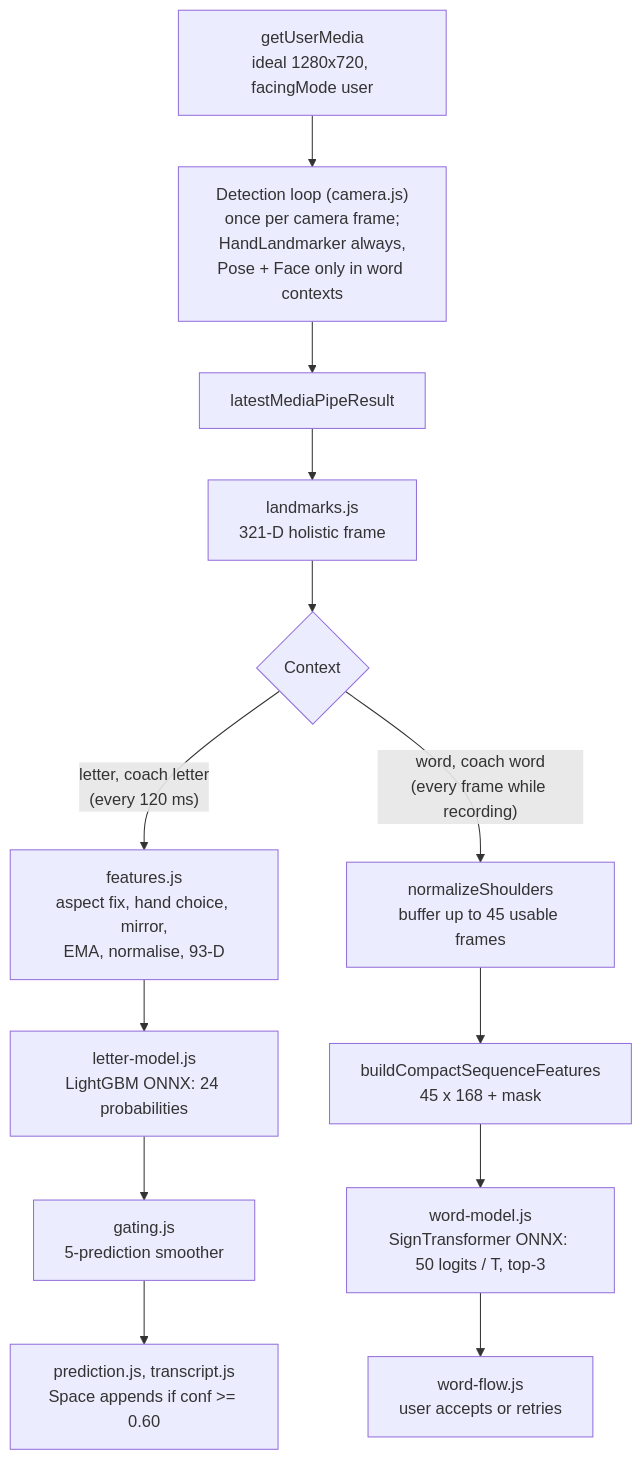
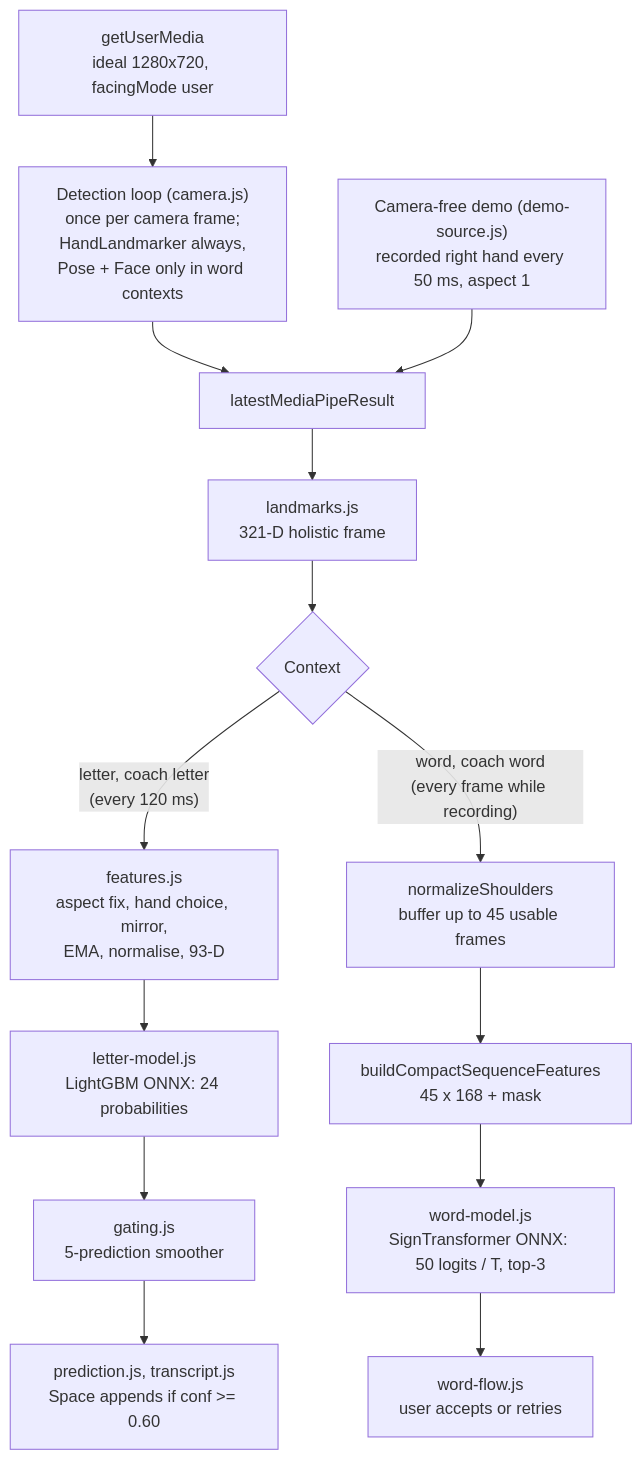
The second of 4 diagrams in TECHNICAL_REPORT.md (alimustafaekmen/asl-assistant), drawn with Mermaid before and after one commit. The commit also changed other lines of this file and 16 other files, not shown here.

````diff
--- a/TECHNICAL_REPORT.md
+++ b/TECHNICAL_REPORT.md
@@ -100,15 +102,16 @@
 ```mermaid
 flowchart TD
   CAM["getUserMedia<br/>ideal 1280x720, facingMode user"] --> DET["Detection loop (camera.js)<br/>once per camera frame;<br/>HandLandmarker always,<br/>Pose + Face only in word contexts"]
   DET --> RES["latestMediaPipeResult"]
+  DEMO["Camera-free demo (demo-source.js)<br/>recorded right hand every 50 ms, aspect 1"] --> RES
   RES --> L321["landmarks.js<br/>321-D holistic frame"]
   L321 --> SPLIT{"Context"}
   SPLIT -- "letter, coach letter<br/>(every 120 ms)" --> LF["features.js<br/>aspect fix, hand choice, mirror,<br/>EMA, normalise, 93-D"]
   LF --> LM["letter-model.js<br/>LightGBM ONNX: 24 probabilities"]
   LM --> SM["gating.js<br/>5-prediction smoother"]
   SM --> UIL["prediction.js, transcript.js<br/>Space appends if conf >= 0.60"]
   SPLIT -- "word, coach word<br/>(every frame while recording)" --> SN["normalizeShoulders<br/>buffer up to 45 usable frames"]
   SN --> WF["buildCompactSequenceFeatures<br/>45 x 168 + mask"]
   WF --> WM["word-model.js<br/>SignTransformer ONNX: 50 logits / T, top-3"]
   WM --> UIW["word-flow.js<br/>user accepts or retries"]
 ```
````
